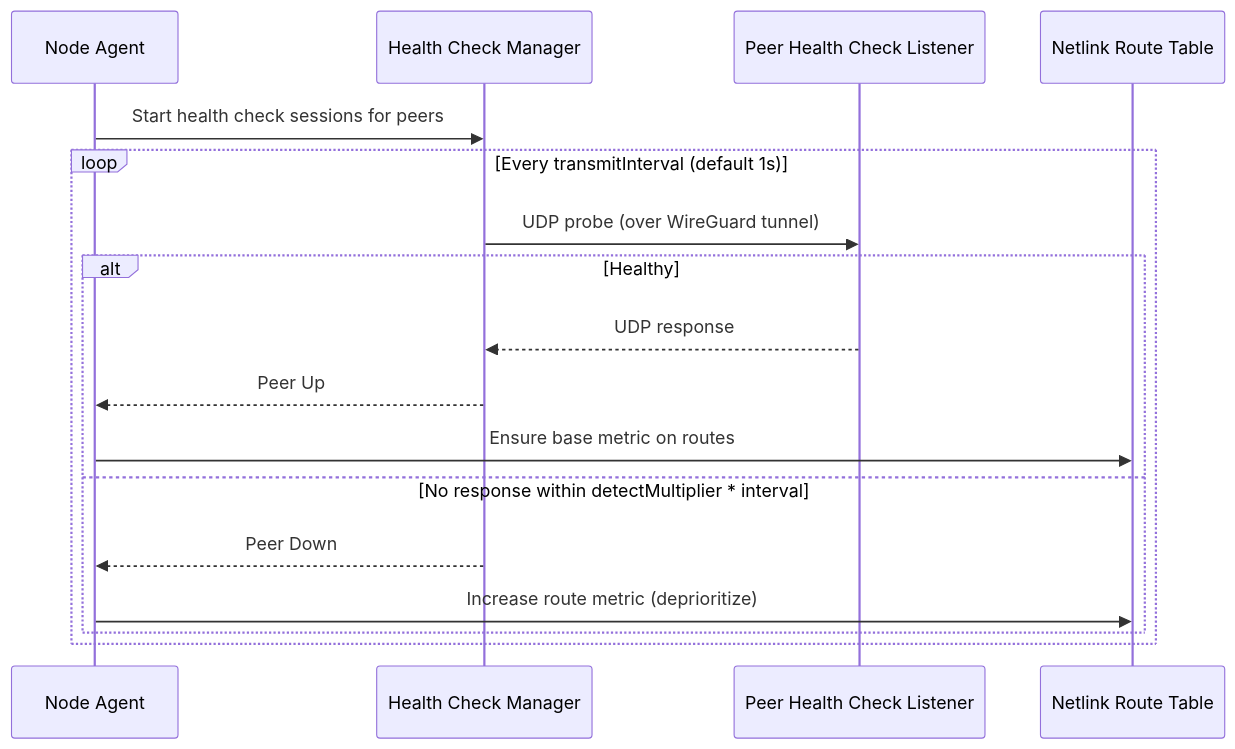
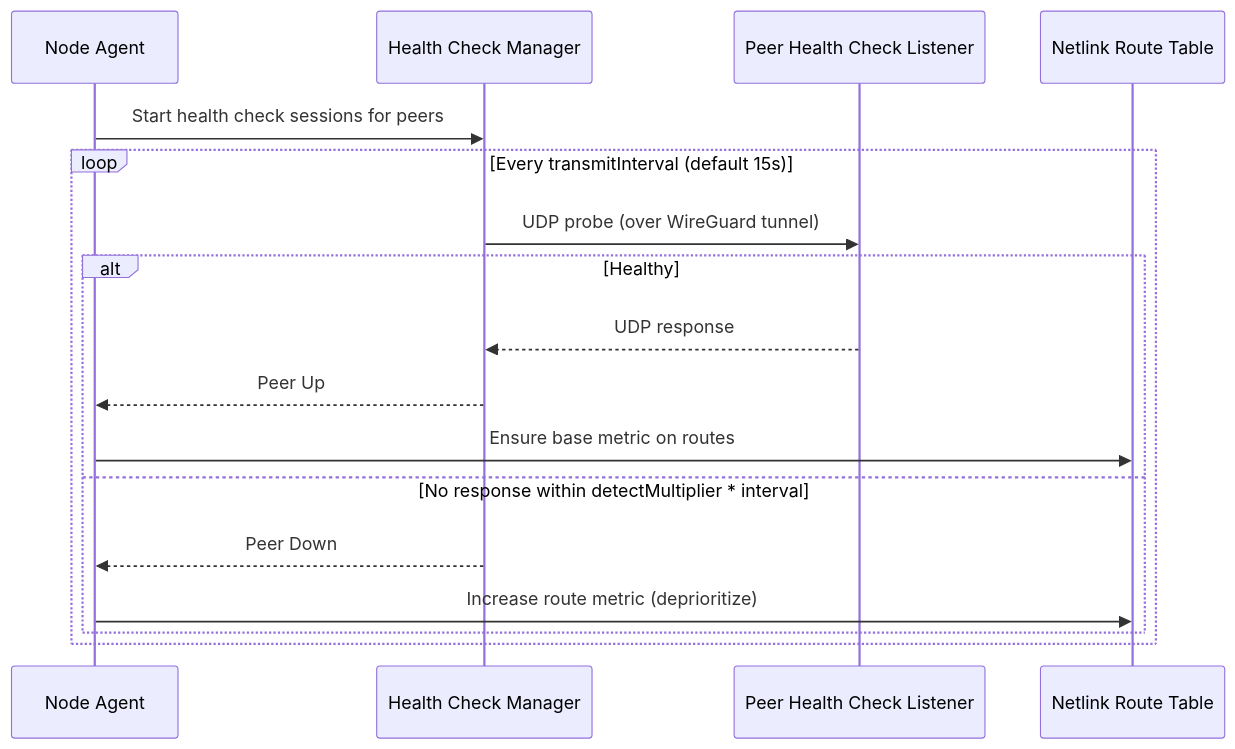
Diagram 12 of 22 in docs/net/architecture.md (Azure/unbounded), drawn with Mermaid before and after one commit. The commit also changed other lines of this file and 26 other files, not shown here.

````diff
--- a/docs/net/architecture.md
+++ b/docs/net/architecture.md
@@ -469,20 +469,20 @@
 ```mermaid
 sequenceDiagram
     participant Agent as Node Agent
     participant HC as Health Check Manager
     participant Peer as Peer Health Check Listener
     participant Routes as Netlink Route Table
 
     Agent->>HC: Start health check sessions for peers
-    loop Every transmitInterval (default 1s)
+    loop Every transmitInterval (default 15s)
         HC->>Peer: UDP probe (over WireGuard tunnel)
         alt Healthy
             Peer-->>HC: UDP response
             HC-->>Agent: Peer Up
             Agent->>Routes: Ensure base metric on routes
         else No response within detectMultiplier * interval
             HC-->>Agent: Peer Down
             Agent->>Routes: Increase route metric (deprioritize)
         end
     end
 ```
````
